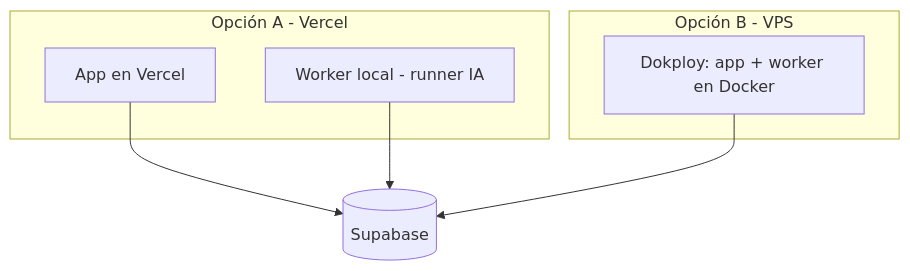
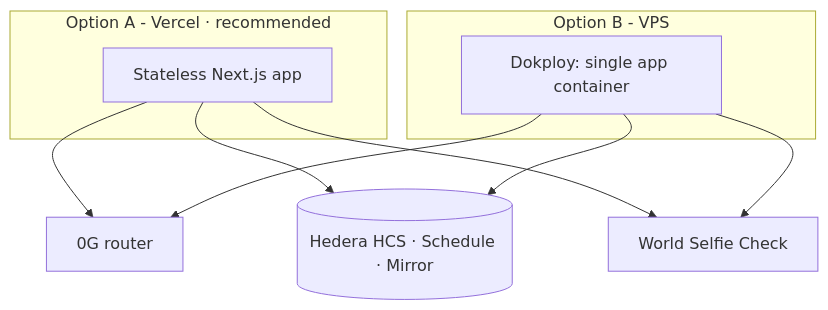
Before and after one commit to fabroche/ethglobal-lisboa-2026: the diagram in docs/transversal/infra-devops.md, drawn with Mermaid. The commit also changed other lines of this file and 53 other files, not shown here.

````diff
--- a/docs/transversal/infra-devops.md
+++ b/docs/transversal/infra-devops.md
@@ -19,14 +23,18 @@
 ```mermaid
 flowchart TB
-  subgraph A[Opción A - Vercel]
-    v[App en Vercel]
-    wl[Worker local - runner IA]
+  subgraph A[Option A - Vercel · recommended]
+    v[Stateless Next.js app]
   end
-  subgraph B[Opción B - VPS]
-    d[Dokploy: app + worker en Docker]
+  subgraph B[Option B - VPS]
+    d[Dokploy: single app container]
   end
-  supa[(Supabase)]
-  v --> supa
-  wl --> supa
-  d --> supa
+  og[0G router]
+  he[(Hedera HCS · Schedule · Mirror)]
+  wo[World Selfie Check]
+  v --> og
+  v --> he
+  v --> wo
+  d --> og
+  d --> he
+  d --> wo
 ```
````
